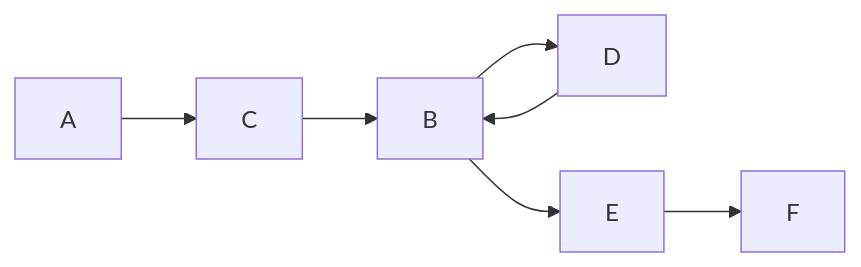
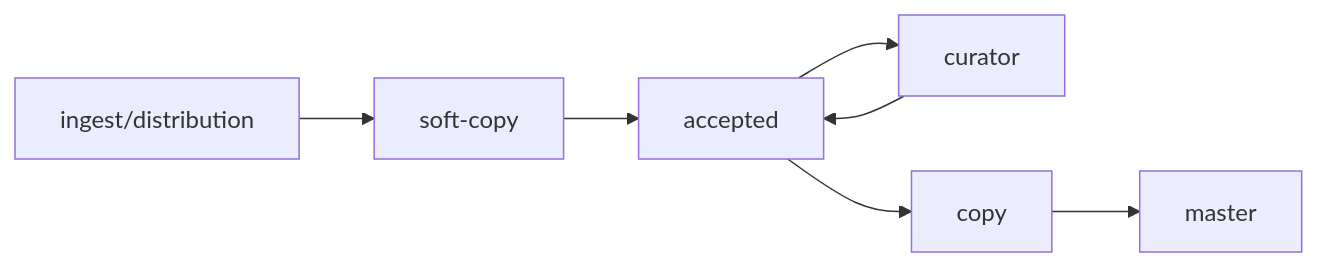
Before and after one commit to naccdata/flywheel-gear-extensions: the diagram in docs/processes/curation.md, drawn with Mermaid.

Commit message:
Try to get curation diagram to show labels

````diff
--- a/docs/processes/curation.md
+++ b/docs/processes/curation.md
@@ -3,9 +3,15 @@
 ```mermaid
 flowchart LR
-    A@{ shape: rect, label:"ingest/distribution" } --> C@{ shape: rect, label:"soft-copy" }
-    C --> B@{ shape: rect, label:"accepted" }
-    B --> D@{ shape: rect, label:"curator" }
+    A@{ shape: rect, label: "ingest/distribution" }
+    B@{ shape: rect, label: "accepted" }
+    C@{ shape: rect, label: "soft-copy" }
+    D@{ shape: rect, label: "curator" }
+    E@{ shape: rect, label: "copy" }
+    F@{ shape: rect, label: "master" }
+    A --> C
+    C --> B
+    B --> D
     D --> B
-    B --> E@{ shape: rect, label:"copy" }
-    E --> F@{ shape: rect, label:"master" }
+    B --> E
+    E --> F
 ```
````
